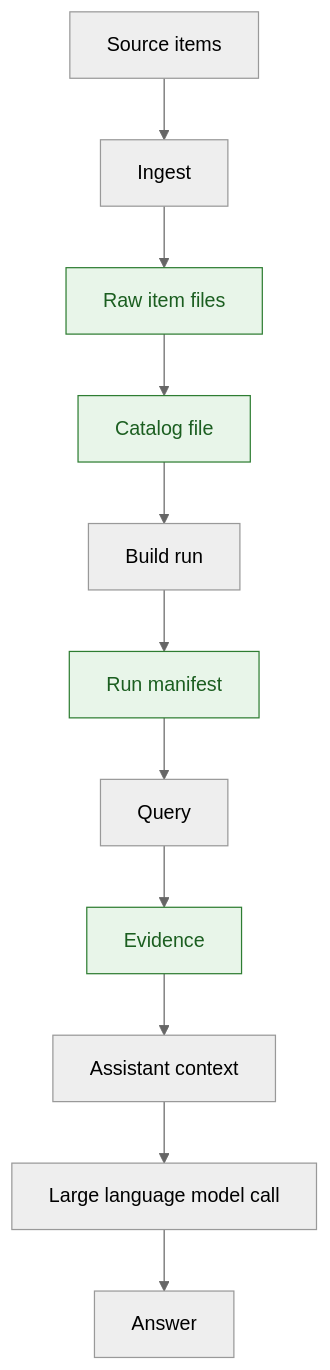
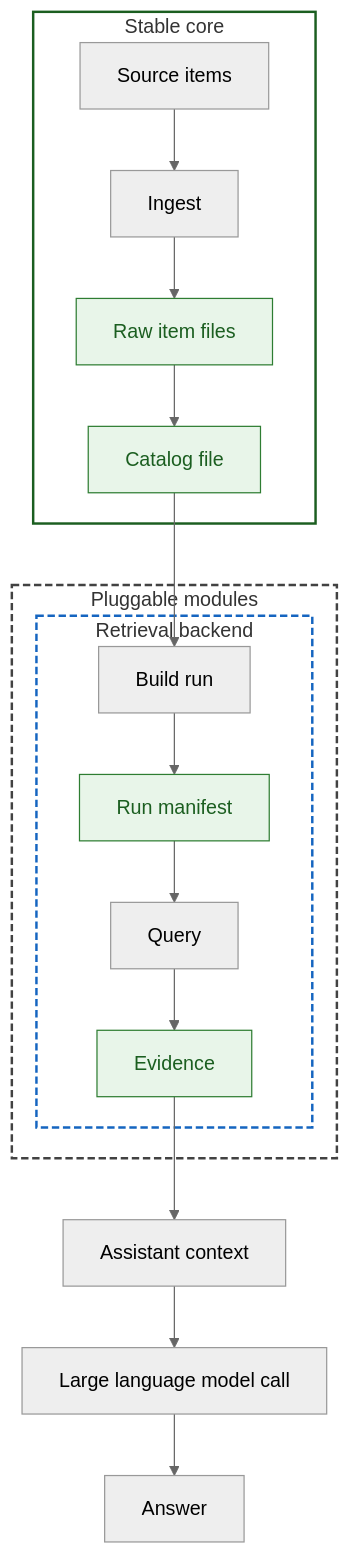
One commit to AnthusAI/Biblicus changed the diagram in README.md. Above: the diagram before and after it, drawn with Mermaid (neutral theme).

Commit message:
docs: highlight pluggable regions in readme diagram

````diff
--- a/README.md
+++ b/README.md
@@ -35,21 +35,31 @@
 ```mermaid
 %%{init: {"flowchart": {"useMaxWidth": true}}}%%
 flowchart TD
-  Source[Source items] --> Ingest[Ingest]
-  Ingest --> Raw[Raw item files]
-  Raw --> Catalog[Catalog file]
+  subgraph StableCore[Stable core]
+    Source[Source items] --> Ingest[Ingest]
+    Ingest --> Raw[Raw item files]
+    Raw --> Catalog[Catalog file]
+  end
 
-  Catalog --> Build[Build run]
-  Build --> Run[Run manifest]
-  Run --> Query[Query]
-  Query --> Evidence[Evidence]
+  subgraph PluggableModules[Pluggable modules]
+    subgraph RetrievalBackend[Retrieval backend]
+      Build[Build run] --> Run[Run manifest]
+      Run --> Query[Query]
+      Query --> Evidence[Evidence]
+    end
+  end
 
+  Catalog --> Build
   Evidence --> Context[Assistant context]
   Context --> Model[Large language model call]
   Model --> Answer[Answer]
+
+  style StableCore fill:#ffffff,stroke:#1b5e20,stroke-width:2px
+  style PluggableModules fill:#ffffff,stroke:#424242,stroke-dasharray:6 3,stroke-width:2px
+  style RetrievalBackend fill:#ffffff,stroke:#1565c0,stroke-dasharray:6 3,stroke-width:2px
 
   style Raw fill:#e8f5e9,stroke:#2e7d32,color:#1b5e20
   style Catalog fill:#e8f5e9,stroke:#2e7d32,color:#1b5e20
   style Run fill:#e8f5e9,stroke:#2e7d32,color:#1b5e20
   style Evidence fill:#e8f5e9,stroke:#2e7d32,color:#1b5e20
 ```
````
